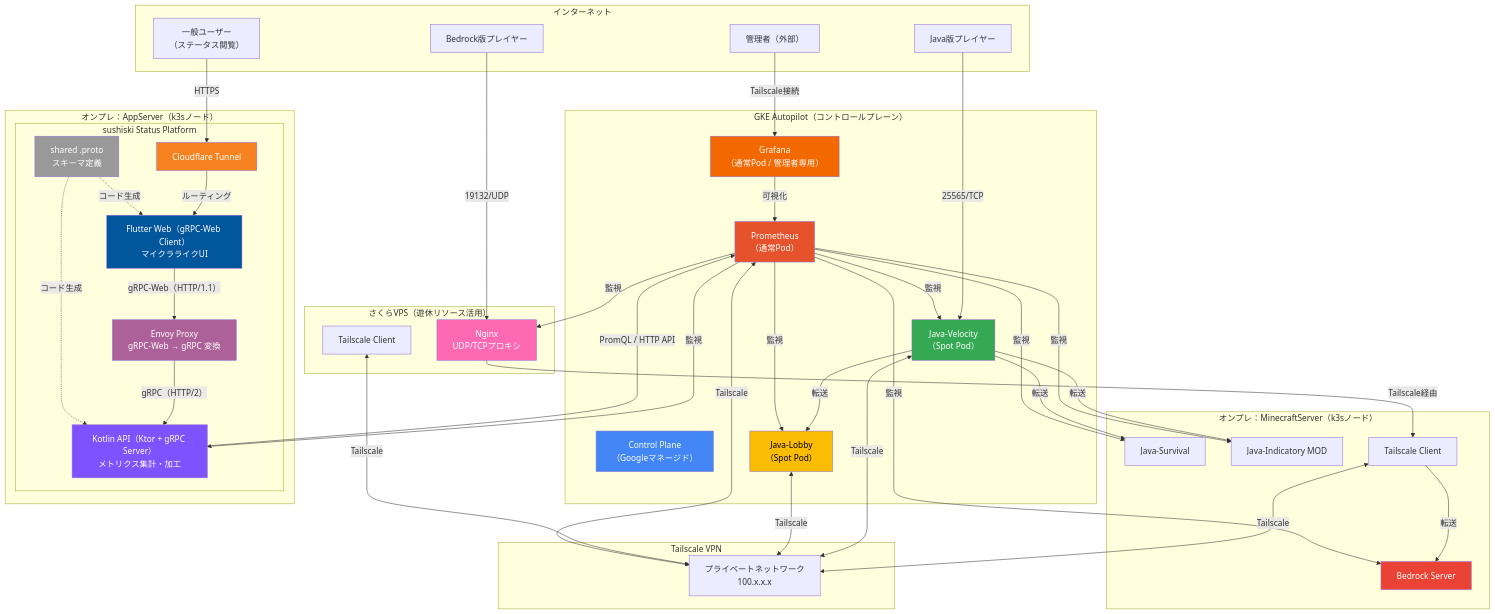
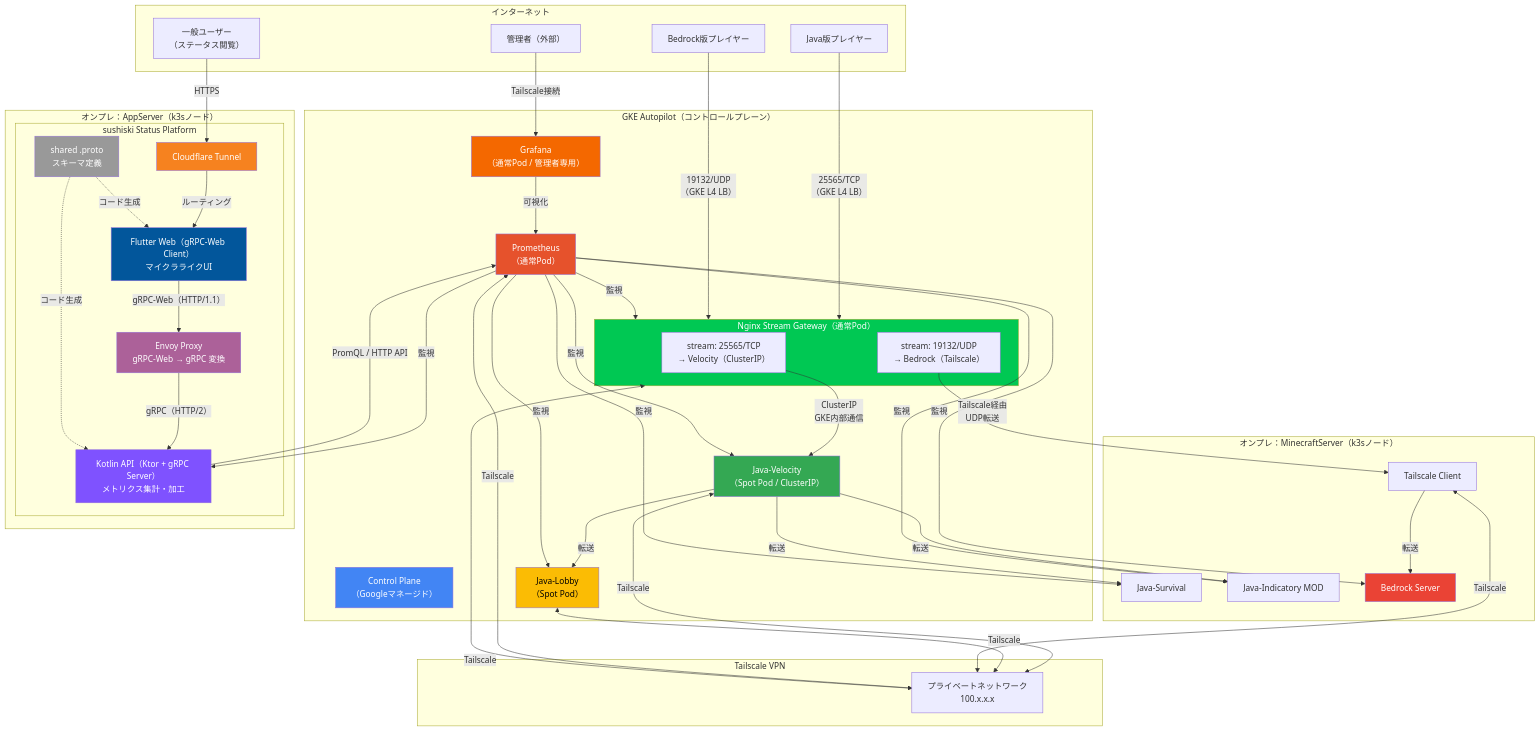
One commit to Tagomori0211/Minecraft-on-Kubenates changed the diagram in infrastructure.mermaid. Above: the diagram before and after it, drawn with Mermaid. The commit also changed 6 other files, not shown here.

Commit message:
feat(gke): stabilize minecraft deployment with spot nodes and gitignore secrets

```diff
--- a/infrastructure.mermaid
+++ b/infrastructure.mermaid
@@ -1,90 +1,98 @@
 graph TB
     subgraph Internet["インターネット"]
         Player_Java["Java版プレイヤー"]
         Player_Bedrock["Bedrock版プレイヤー"]
         Admin["管理者（外部）"]
         User["一般ユーザー<br/>（ステータス閲覧）"]
     end
 
-    subgraph Sakura["さくらVPS（遊休リソース活用）"]
-        Nginx_Sakura["Nginx<br/>UDP/TCPプロキシ"]
-        TS_Sakura["Tailscale Client"]
-    end
-
     subgraph GKE["GKE Autopilot（コントロールプレーン）"]
         CP["Control Plane<br/>（Googleマネージド）"]
-        Velocity["Java-Velocity<br/>（Spot Pod）"]
+
+        subgraph GW["Nginx Stream Gateway（通常Pod）"]
+            Nginx_TCP["stream: 25565/TCP<br/>→ Velocity（ClusterIP）"]
+            Nginx_UDP["stream: 19132/UDP<br/>→ Bedrock（Tailscale）"]
+        end
+
+        Velocity["Java-Velocity<br/>（Spot Pod / ClusterIP）"]
         Lobby["Java-Lobby<br/>（Spot Pod）"]
         Prometheus["Prometheus<br/>（通常Pod）"]
         Grafana["Grafana<br/>（通常Pod / 管理者専用）"]
     end
 
     subgraph Tailscale["Tailscale VPN"]
         TS_Network["プライベートネットワーク<br/>100.x.x.x"]
     end
 
     subgraph MinecraftServer["オンプレ：MinecraftServer（k3sノード）"]
         Java_Survival["Java-Survival"]
         Java_Mod["Java-Indicatory MOD"]
         Bedrock_Server["Bedrock Server"]
-        TS_Router_Sub["Tailscale Client"]
+        TS_Router_MC["Tailscale Client"]
     end
 
     subgraph AppServer["オンプレ：AppServer（k3sノード）"]
         subgraph StatusPlatform["sushiski Status Platform"]
             Kotlin_API["Kotlin API（Ktor + gRPC Server）<br/>メトリクス集計・加工"]
             Flutter_Web["Flutter Web（gRPC-Web Client）<br/>マイクラライクUI"]
             Envoy["Envoy Proxy<br/>gRPC-Web → gRPC 変換"]
             Proto["shared .proto<br/>スキーマ定義"]
             CF_Tunnel["Cloudflare Tunnel"]
         end
     end
 
-    Player_Java -->|25565/TCP| Velocity
-    Player_Bedrock -->|19132/UDP| Nginx_Sakura
+    %% --- プレイヤー接続 ---
+    Player_Java -->|"25565/TCP<br/>（GKE L4 LB）"| GW
+    Player_Bedrock -->|"19132/UDP<br/>（GKE L4 LB）"| GW
+
+    Nginx_TCP -->|"ClusterIP<br/>GKE内部通信"| Velocity
+    Nginx_UDP -->|"Tailscale経由<br/>UDP転送"| TS_Router_MC
+    TS_Router_MC -->|転送| Bedrock_Server
+
     Admin -->|Tailscale接続| Grafana
     User -->|HTTPS| CF_Tunnel
 
+    %% --- Status Platform ---
     CF_Tunnel -->|ルーティング| Flutter_Web
-    Flutter_Web -->|gRPC-Web（HTTP/1.1）| Envoy
-    Envoy -->|gRPC（HTTP/2）| Kotlin_API
+    Flutter_Web -->|"gRPC-Web（HTTP/1.1）"| Envoy
+    Envoy -->|"gRPC（HTTP/2）"| Kotlin_API
     Kotlin_API -->|PromQL / HTTP API| Prometheus
 
     Proto -.->|コード生成| Kotlin_API
     Proto -.->|コード生成| Flutter_Web
 
-    Nginx_Sakura -->|Tailscale経由| TS_Router_Sub
-    TS_Router_Sub -->|転送| Bedrock_Server
-
+    %% --- Tailscale メッシュ ---
     Velocity <-->|Tailscale| TS_Network
     Lobby <-->|Tailscale| TS_Network
-    TS_Sakura <-->|Tailscale| TS_Network
-    TS_Router_Sub <-->|Tailscale| TS_Network
+    GW <-->|Tailscale| TS_Network
+    TS_Router_MC <-->|Tailscale| TS_Network
     Prometheus <-->|Tailscale| TS_Network
 
+    %% --- Java サーバー転送 ---
     Velocity -->|転送| Lobby
     Velocity -->|転送| Java_Survival
     Velocity -->|転送| Java_Mod
 
+    %% --- 監視 ---
+    Prometheus -->|監視| GW
     Prometheus -->|監視| Velocity
     Prometheus -->|監視| Lobby
     Prometheus -->|監視| Java_Survival
     Prometheus -->|監視| Java_Mod
     Prometheus -->|監視| Bedrock_Server
-    Prometheus -->|監視| Nginx_Sakura
     Prometheus -->|監視| Kotlin_API
 
     Grafana -->|可視化| Prometheus
 
-    style Nginx_Sakura fill:#ff69b4,color:#fff
     style CP fill:#4285f4,color:#fff
+    style GW fill:#00C853,color:#fff
     style Velocity fill:#34a853,color:#fff
     style Lobby fill:#fbbc04,color:#000
     style Bedrock_Server fill:#ea4335,color:#fff
     style Prometheus fill:#e6522c,color:#fff
     style Grafana fill:#f46800,color:#fff
     style Kotlin_API fill:#7F52FF,color:#fff
     style Flutter_Web fill:#02569B,color:#fff
     style CF_Tunnel fill:#F6821F,color:#fff
     style Envoy fill:#AC6199,color:#fff
     style Proto fill:#999,color:#fff
```
